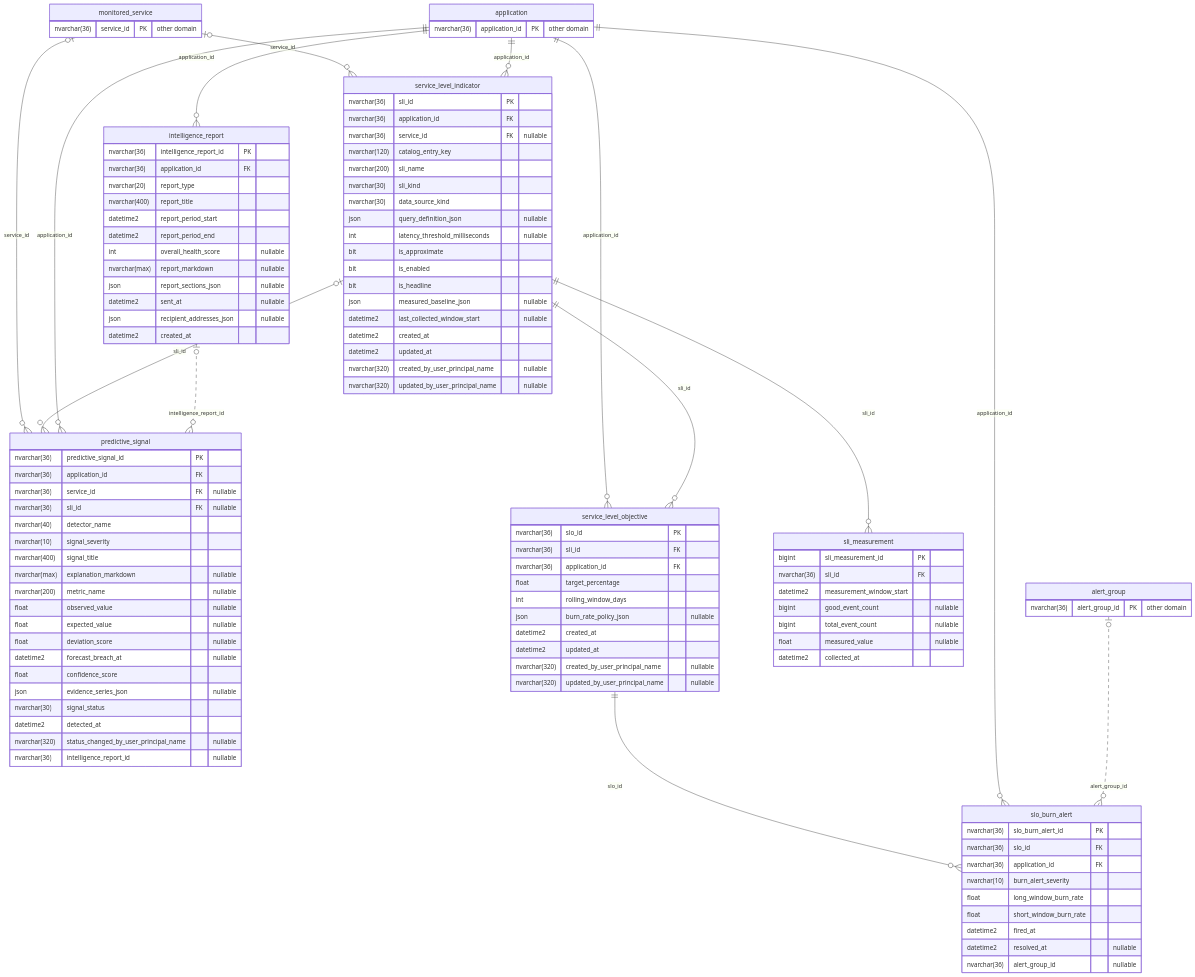
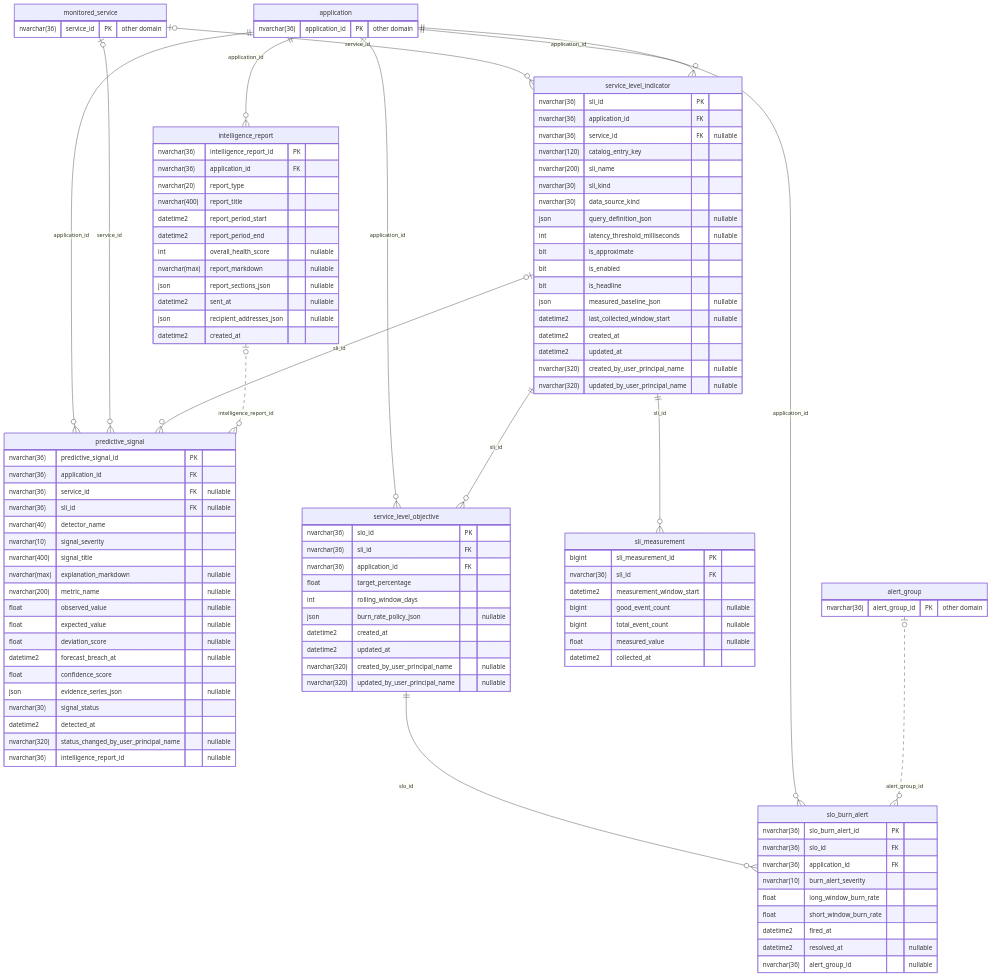
The sixth of 8 diagrams in Keigan/My Plans/15_ENTITY_RELATIONSHIP_DIAGRAM.md (dilleswar16/Synaptic-Alchemy), drawn with Mermaid before and after one commit. The commit also changed other lines of this file and 10 other files, not shown here.

Commit message:
Docs: team members design, backend gaps closed, API contract, schema, learnings

```diff
--- a/Keigan/My Plans/15_ENTITY_RELATIONSHIP_DIAGRAM.md
+++ b/Keigan/My Plans/15_ENTITY_RELATIONSHIP_DIAGRAM.md
@@ -913,9 +913,9 @@
     application ||--o{ intelligence_report : "application_id"
     monitored_service |o--o{ service_level_indicator : "service_id"
     application ||--o{ service_level_indicator : "application_id"
+    application ||--o{ predictive_signal : "application_id"
     monitored_service |o--o{ predictive_signal : "service_id"
     service_level_indicator |o--o{ predictive_signal : "sli_id"
-    application ||--o{ predictive_signal : "application_id"
     intelligence_report |o..o{ predictive_signal : "intelligence_report_id"
     application ||--o{ service_level_objective : "application_id"
     service_level_indicator ||--o{ service_level_objective : "sli_id"
```
